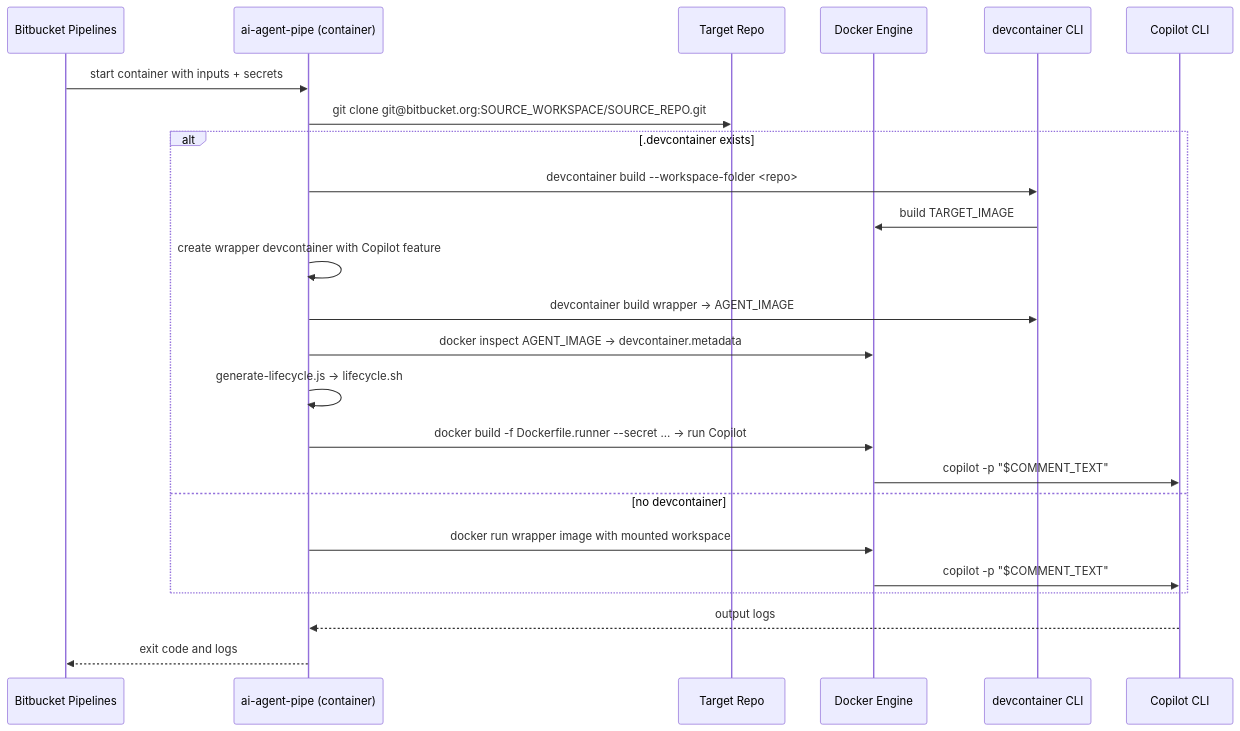
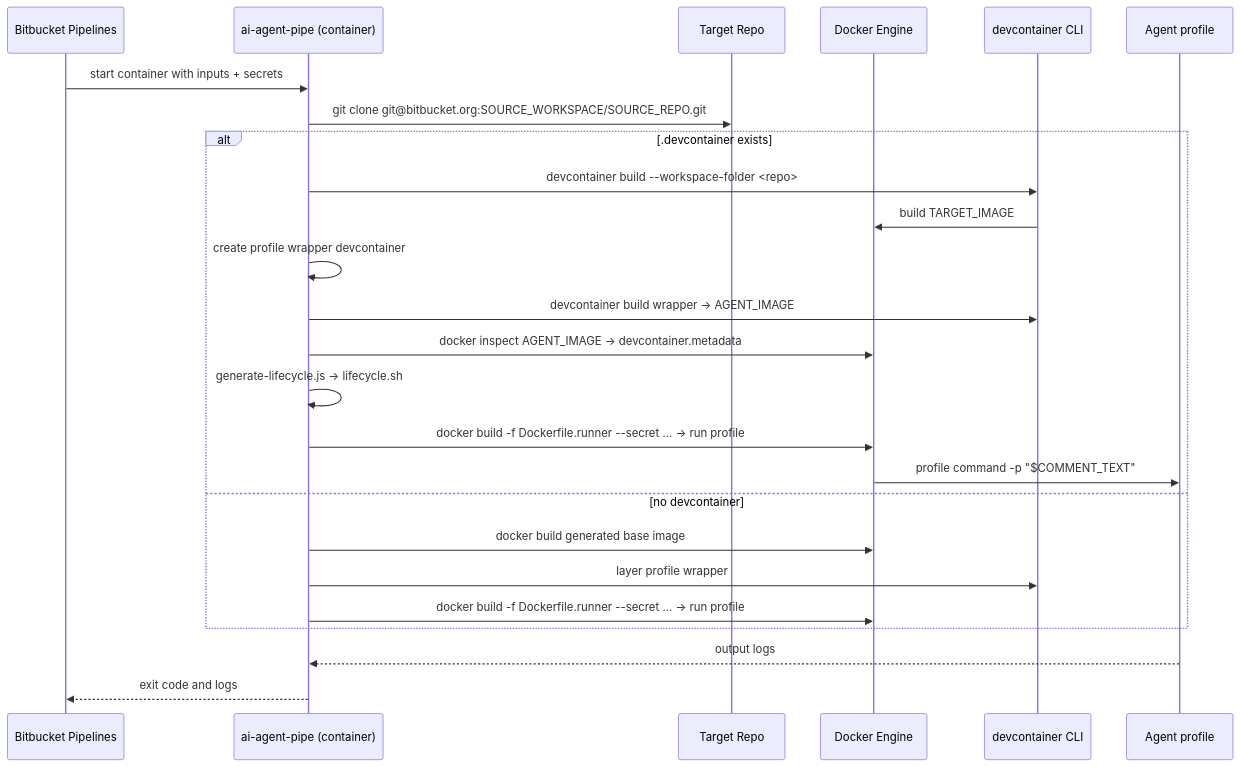
One commit to FabianSchurig/forge-bitbucket-ai-agent-dispatcher changed the diagram in pipe/README.md. Above: the diagram before and after it, drawn with Mermaid. The commit also changed other lines of this file and 15 other files, not shown here.

Commit message:
feat: implement copilot agent profile and enhance ai-agent-pipe functionality

````diff
--- a/pipe/README.md
+++ b/pipe/README.md
@@ -25,27 +29,28 @@
 ```mermaid
 sequenceDiagram
     participant Bitbucket as Bitbucket Pipelines
     participant Pipe as ai-agent-pipe (container)
     participant Git as Target Repo
     participant Docker as Docker Engine
     participant DevcontainerCLI as devcontainer CLI
-    participant Copilot as Copilot CLI
+    participant Agent as Agent profile
 
     Bitbucket->>Pipe: start container with inputs + secrets
     Pipe->>Git: git clone git@bitbucket.org:SOURCE_WORKSPACE/SOURCE_REPO.git
     alt .devcontainer exists
         Pipe->>DevcontainerCLI: devcontainer build --workspace-folder <repo>
         DevcontainerCLI->>Docker: build TARGET_IMAGE
-        Pipe->>Pipe: create wrapper devcontainer with Copilot feature
+        Pipe->>Pipe: create profile wrapper devcontainer
         Pipe->>DevcontainerCLI: devcontainer build wrapper → AGENT_IMAGE
         Pipe->>Docker: docker inspect AGENT_IMAGE → devcontainer.metadata
         Pipe->>Pipe: generate-lifecycle.js → lifecycle.sh
-        Pipe->>Docker: docker build -f Dockerfile.runner --secret … → run Copilot
-        Docker->>Copilot: copilot -p "$COMMENT_TEXT"
+        Pipe->>Docker: docker build -f Dockerfile.runner --secret … → run profile
+        Docker->>Agent: profile command -p "$COMMENT_TEXT"
     else no devcontainer
-        Pipe->>Docker: docker run wrapper image with mounted workspace
-        Docker->>Copilot: copilot -p "$COMMENT_TEXT"
+        Pipe->>Docker: docker build generated base image
+        Pipe->>DevcontainerCLI: layer profile wrapper
+        Pipe->>Docker: docker build -f Dockerfile.runner --secret … → run profile
     end
-    Copilot-->>Pipe: output logs
+      Agent-->>Pipe: output logs
     Pipe-->>Bitbucket: exit code and logs
 ```
````
